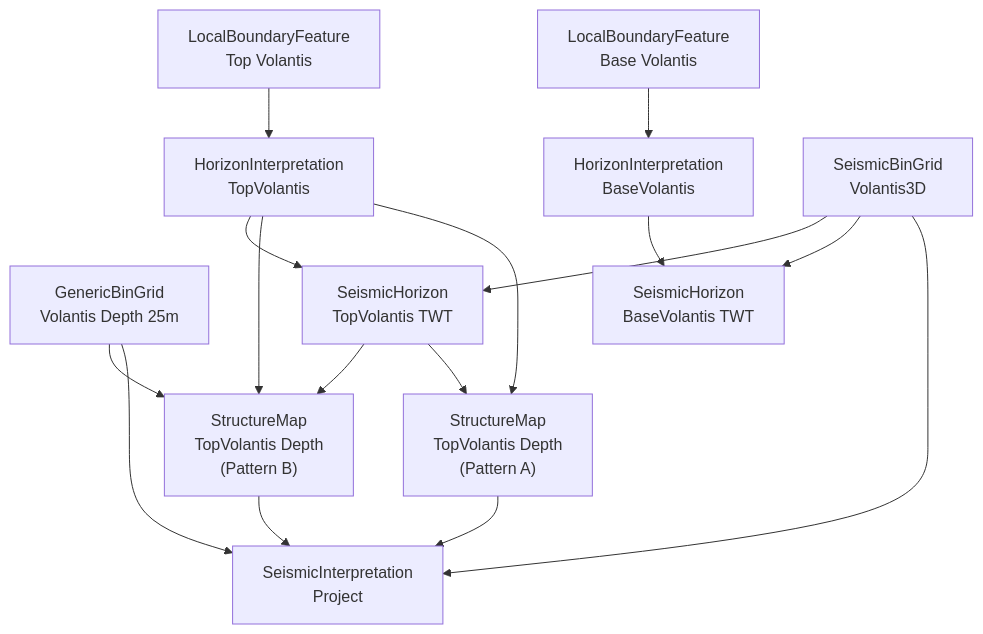
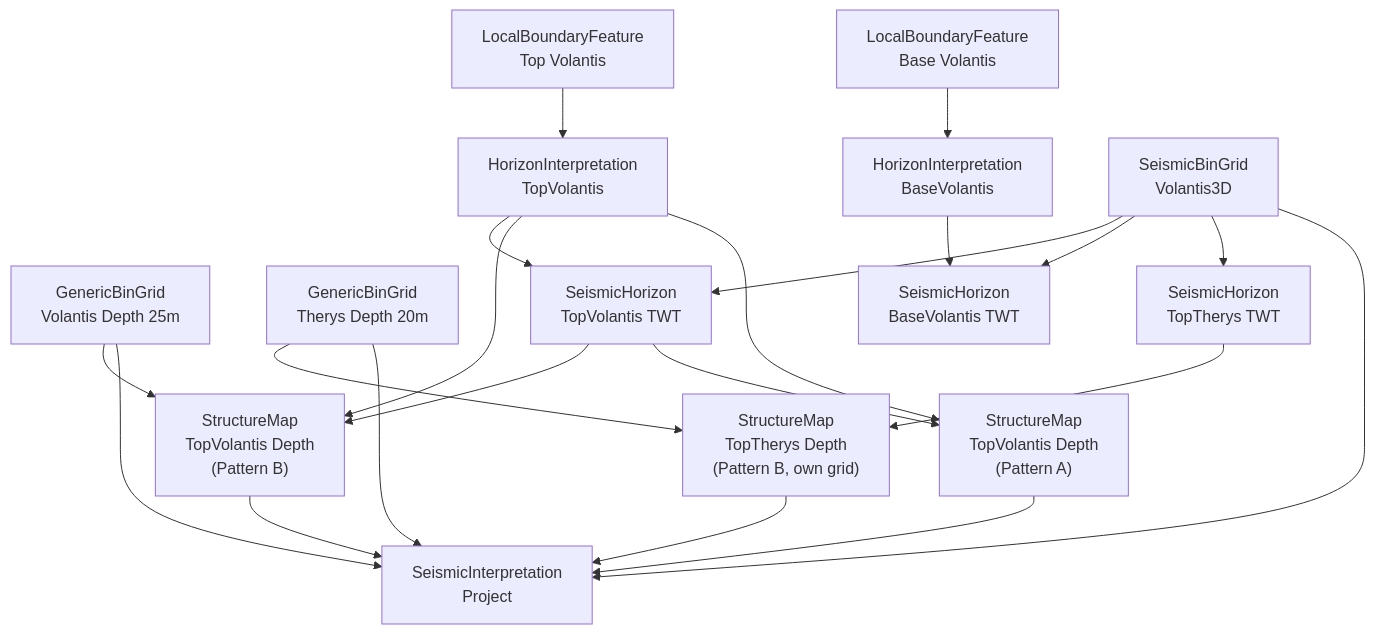
One commit to marcusapel/ores changed the ninth of 12 diagrams in md/SeisInt.md. Above: the diagram before and after it, drawn with Mermaid. The commit also changed other lines of this file and 61 other files, not shown here.

````diff
--- a/md/SeisInt.md
+++ b/md/SeisInt.md
@@ -937,30 +1111,38 @@
 ```mermaid
 flowchart TD
     BF1["LocalBoundaryFeature<br/>Top Volantis"]
     BF2["LocalBoundaryFeature<br/>Base Volantis"]
     HI1["HorizonInterpretation<br/>TopVolantis"]
     HI2["HorizonInterpretation<br/>BaseVolantis"]
     SBG["SeismicBinGrid<br/>Volantis3D"]
     GBG["GenericBinGrid<br/>Volantis Depth 25m"]
+    GBG2["GenericBinGrid<br/>Therys Depth 20m"]
     SH1["SeismicHorizon<br/>TopVolantis TWT"]
     SH2["SeismicHorizon<br/>BaseVolantis TWT"]
+    SH3["SeismicHorizon<br/>TopTherys TWT"]
     SMB1["StructureMap<br/>TopVolantis Depth<br/>(Pattern B)"]
+    SMB3["StructureMap<br/>TopTherys Depth<br/>(Pattern B, own grid)"]
     SMA1["StructureMap<br/>TopVolantis Depth<br/>(Pattern A)"]
     PROJ["SeismicInterpretation<br/>Project"]
 
     BF1 --> HI1
     BF2 --> HI2
     HI1 --> SH1
     HI2 --> SH2
     SBG --> SH1
     SBG --> SH2
+    SBG --> SH3
     SH1 --> SMB1
     HI1 --> SMB1
     GBG --> SMB1
+    SH3 --> SMB3
+    GBG2 --> SMB3
     SH1 --> SMA1
     HI1 --> SMA1
     SMB1 --> PROJ
+    SMB3 --> PROJ
     SMA1 --> PROJ
     GBG --> PROJ
+    GBG2 --> PROJ
     SBG --> PROJ
 ```
````
